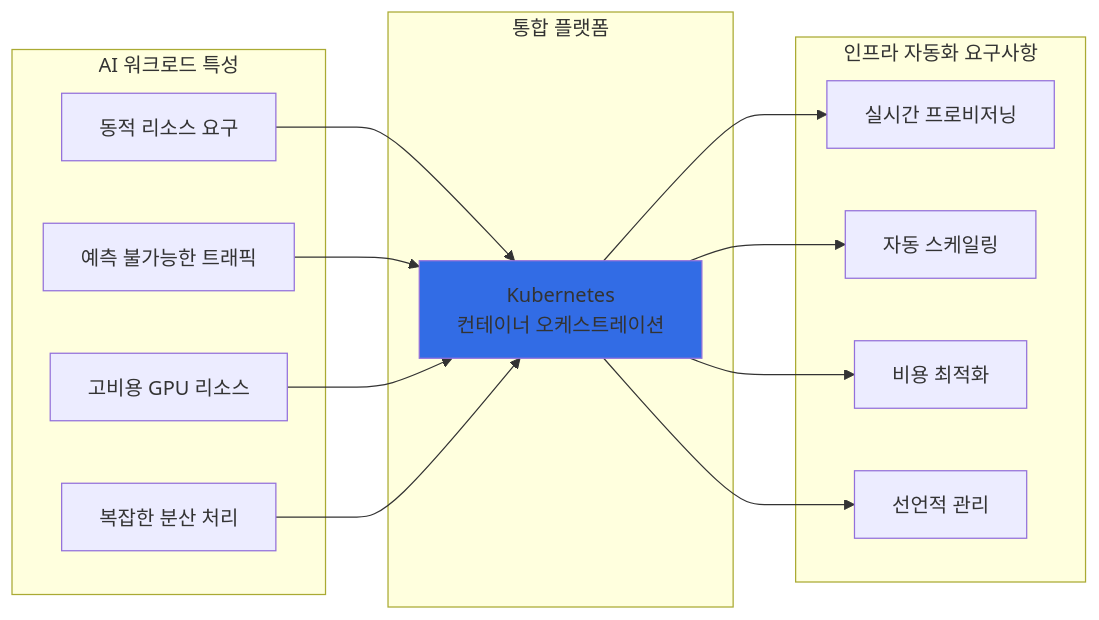
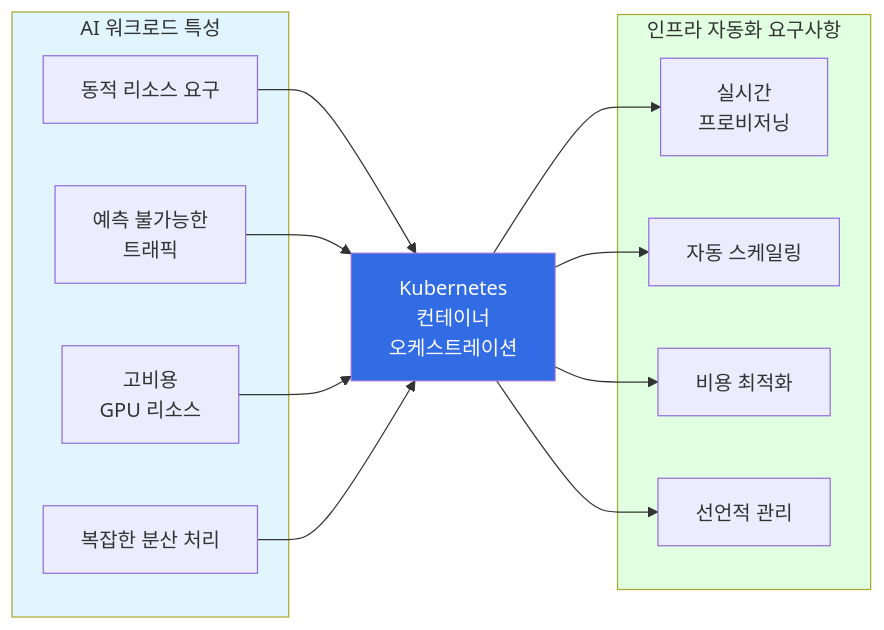
The second of 16 diagrams in docs/agentic-ai-platform/design-architecture/agentic-ai-challenges.md (devfloor9/engineering-playbook), drawn with Mermaid before and after one commit. The commit also changed other lines of this file and 24 other files, not shown here.

````diff
--- a/docs/agentic-ai-platform/design-architecture/agentic-ai-challenges.md
+++ b/docs/agentic-ai-platform/design-architecture/agentic-ai-challenges.md
@@ -66,31 +64,31 @@
 ```mermaid
-graph LR
-    subgraph "AI 워크로드 특성"
+flowchart LR
+    subgraph AIWorkload["AI 워크로드 특성"]
         AI1["동적 리소스 요구"]
-        AI2["예측 불가능한 트래픽"]
-        AI3["고비용 GPU 리소스"]
+        AI2["예측 불가능한<br/>트래픽"]
+        AI3["고비용<br/>GPU 리소스"]
         AI4["복잡한 분산 처리"]
     end
 
-    subgraph "인프라 자동화 요구사항"
-        INF1["실시간 프로비저닝"]
+    PLATFORM["Kubernetes<br/>컨테이너<br/>오케스트레이션"]
+
+    subgraph InfraAuto["인프라 자동화 요구사항"]
+        INF1["실시간<br/>프로비저닝"]
         INF2["자동 스케일링"]
         INF3["비용 최적화"]
         INF4["선언적 관리"]
-    end
-
-    subgraph "통합 플랫폼"
-        PLATFORM["Kubernetes<br/>컨테이너 오케스트레이션"]
     end
 
     AI1 --> PLATFORM
     AI2 --> PLATFORM
     AI3 --> PLATFORM
     AI4 --> PLATFORM
     PLATFORM --> INF1
     PLATFORM --> INF2
     PLATFORM --> INF3
     PLATFORM --> INF4
 
-    style PLATFORM fill:#326ce5
+    style PLATFORM fill:#326ce5,color:#fff
+    style AIWorkload fill:#e1f5ff
+    style InfraAuto fill:#e1ffe1
 ```
````
